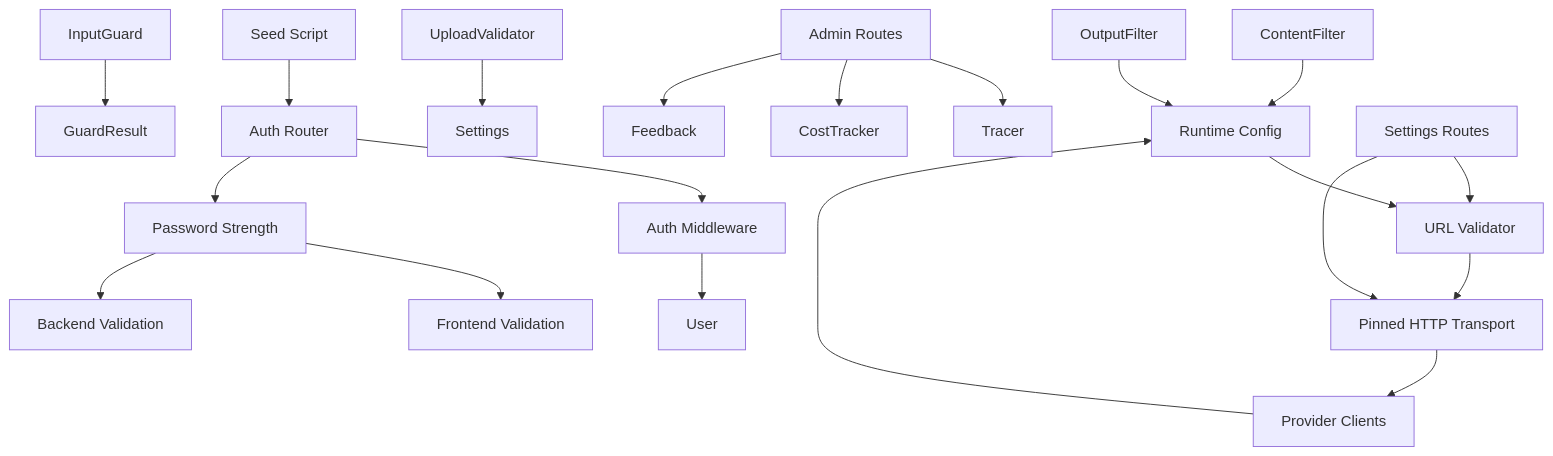
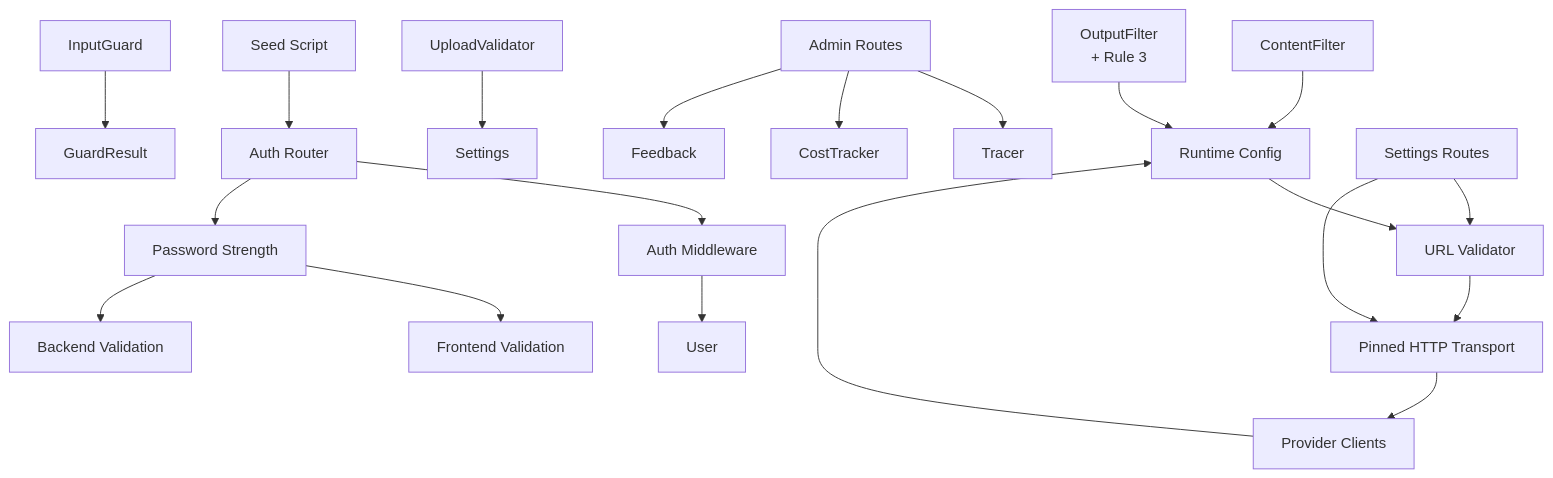
Diagram 12 of 16 in .qoder/repowiki/en/content/Architecture and Design/Security and Compliance Architecture.md (genes8/private-ai), drawn with Mermaid before and after one commit. The commit also changed other lines of this file and 36 other files, not shown here.

````diff
--- a/.qoder/repowiki/en/content/Architecture and Design/Security and Compliance Architecture.md
+++ b/.qoder/repowiki/en/content/Architecture and Design/Security and Compliance Architecture.md
@@ -574,22 +600,22 @@
 ```mermaid
 graph TB
 IG["InputGuard"] --> M["GuardResult"]
 CF["ContentFilter"] --> RC["RankedChunk"]
-OF["OutputFilter"] --> RC
+OF["OutputFilter<br/>+ Rule 3"] --> RC
 UV["UploadValidator"] --> C["Settings"]
 MW["Auth Middleware"] --> U["User"]
 AR["Auth Router"] --> MW
 AR --> PS["Password Strength"]
 PS --> FV["Frontend Validation"]
 PS --> BV["Backend Validation"]
 Seed["Seed Script"] --> AR
 AdminRoutes["Admin Routes"] --> Tr["Tracer"]
 AdminRoutes --> CT["CostTracker"]
 AdminRoutes --> FB["Feedback"]
 URLV["URL Validator"] --> PH["Pinned HTTP Transport"]
 PH --> PC["Provider Clients"]
 PC --> RC["Runtime Config"]
 RC --> URLV
 SettingsRoutes["Settings Routes"] --> URLV
 SettingsRoutes --> PH
 ```
````
